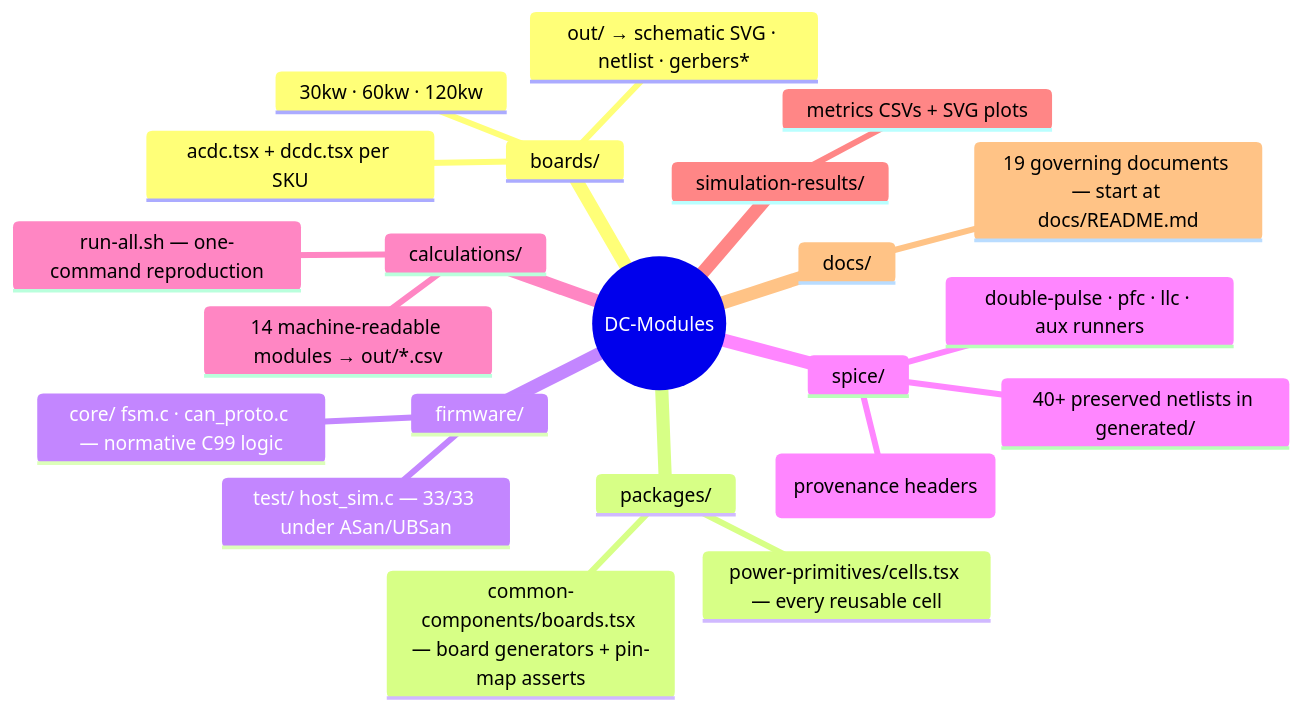
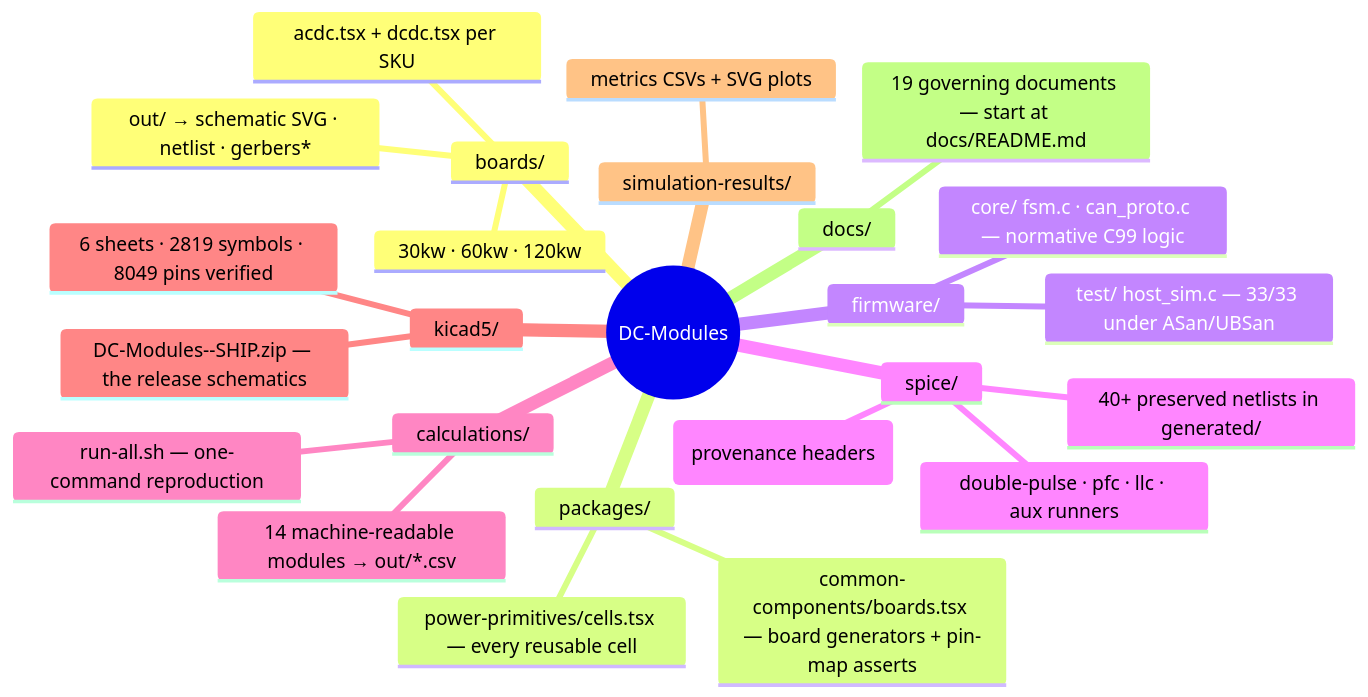
The second of 3 diagrams in README.md (vectivolt/DC-Modules), drawn with Mermaid before and after one commit. The commit also changed other lines of this file and 5 other files, not shown here.

````diff
--- a/README.md
+++ b/README.md
@@ -82,25 +82,28 @@
 ```mermaid
 mindmap
   root((DC-Modules))
     boards/
       30kw · 60kw · 120kw
       acdc.tsx + dcdc.tsx per SKU
       out/ → schematic SVG · netlist · gerbers*
     packages/
       power-primitives/cells.tsx — every reusable cell
       common-components/boards.tsx — board generators + pin-map asserts
     firmware/
       core/ fsm.c · can_proto.c — normative C99 logic
       test/ host_sim.c — 33/33 under ASan/UBSan
     spice/
       models/ behavioral SiC lib (provenance headers)
       40+ preserved netlists in generated/
       double-pulse · pfc · llc · aux runners
     calculations/
       14 machine-readable modules → out/*.csv
       run-all.sh — one-command reproduction
+    kicad5/
+      DC-Modules-<sku>-SHIP.zip — the release schematics
+      6 sheets · 2819 symbols · 8049 pins verified
     simulation-results/
       metrics CSVs + SVG plots
     docs/
       19 governing documents — start at docs/README.md
 ```
````
